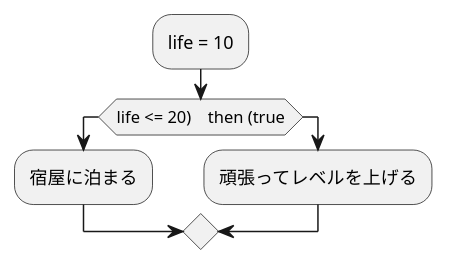
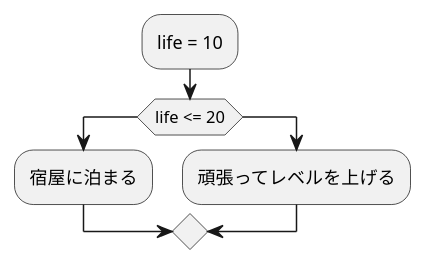
Before and after one commit to Aso2001009/2021sys-design: the diagram in kadai1.md, drawn with PlantUML.

````diff
--- a/kadai1.md
+++ b/kadai1.md
@@ -1,9 +1,9 @@
 ```uml
 @startuml
 :life = 10;
-if (life <= 20)　then (true)
+if (life <= 20)
   :宿屋に泊まる;
 else
   :頑張ってレベルを上げる;
 @enduml
 ```
````
